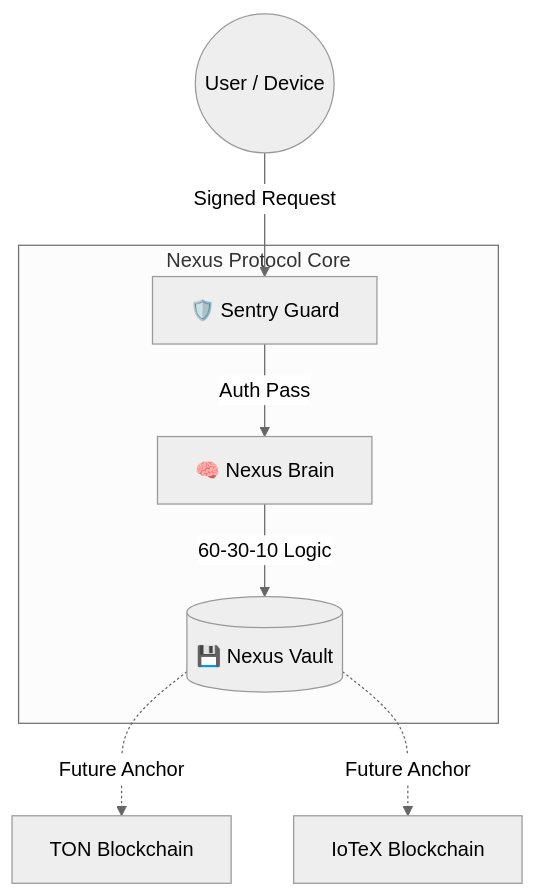
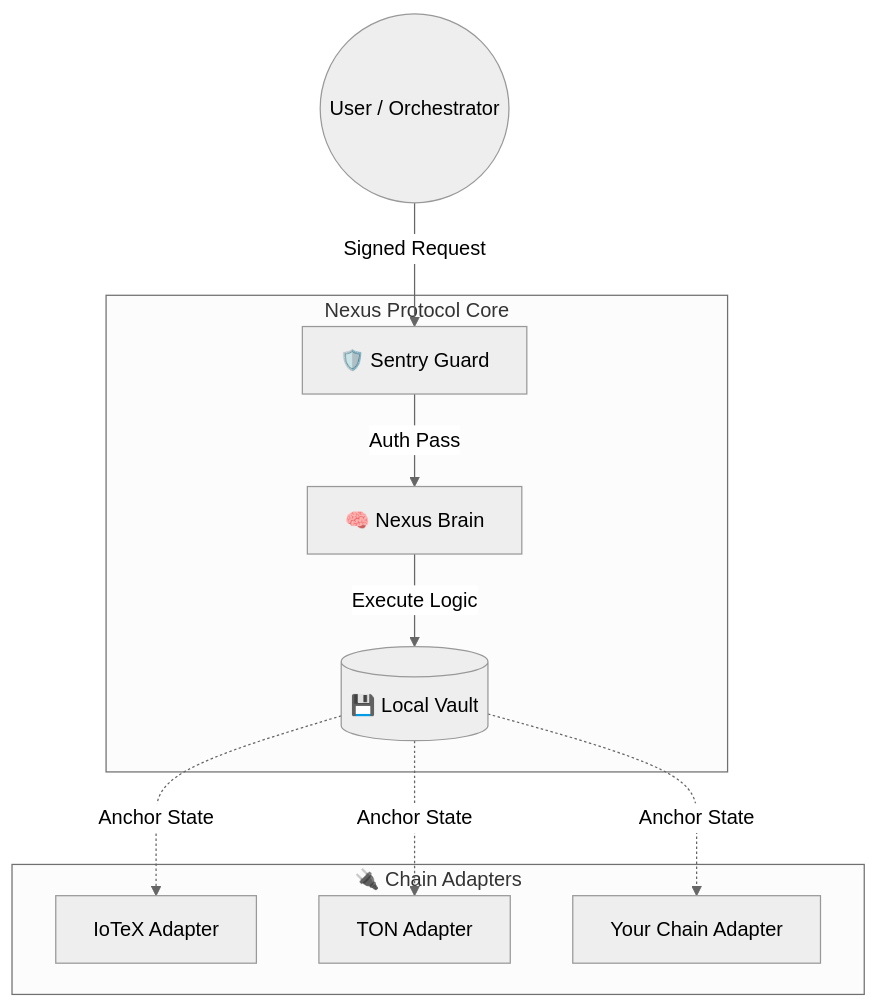
Before and after one commit to arhantbarmate/nexus-core: the diagram in README.md, drawn with Mermaid (neutral theme). The commit also changed other lines of this file, not shown here.

````diff
--- a/README.md
+++ b/README.md
@@ -60,10 +41,15 @@
 ```mermaid
 graph TD
-    User((User / Device)) -->|Signed Request| Sentry[🛡️ Sentry Guard]
+    User((User / Orchestrator)) -->|Signed Request| Sentry[🛡️ Sentry Guard]
+    
     subgraph Sovereign_Node [Nexus Protocol Core]
         Sentry -->|Auth Pass| Brain[🧠 Nexus Brain]
-        Brain -->|60-30-10 Logic| Vault[(💾 Nexus Vault)]
+        Brain -->|Execute Logic| Vault[(💾 Local Vault)]
     end
-    Vault -.->|Future Anchor| TON[TON Blockchain]
-    Vault -.->|Future Anchor| IOTX[IoTeX Blockchain]
+    
+    subgraph Adapters [🔌 Chain Adapters]
+        Vault -.->|Anchor State| IOTX[IoTeX Adapter]
+        Vault -.->|Anchor State| TON[TON Adapter]
+        Vault -.->|Anchor State| ANY[Your Chain Adapter]
+    end
 ```
````
